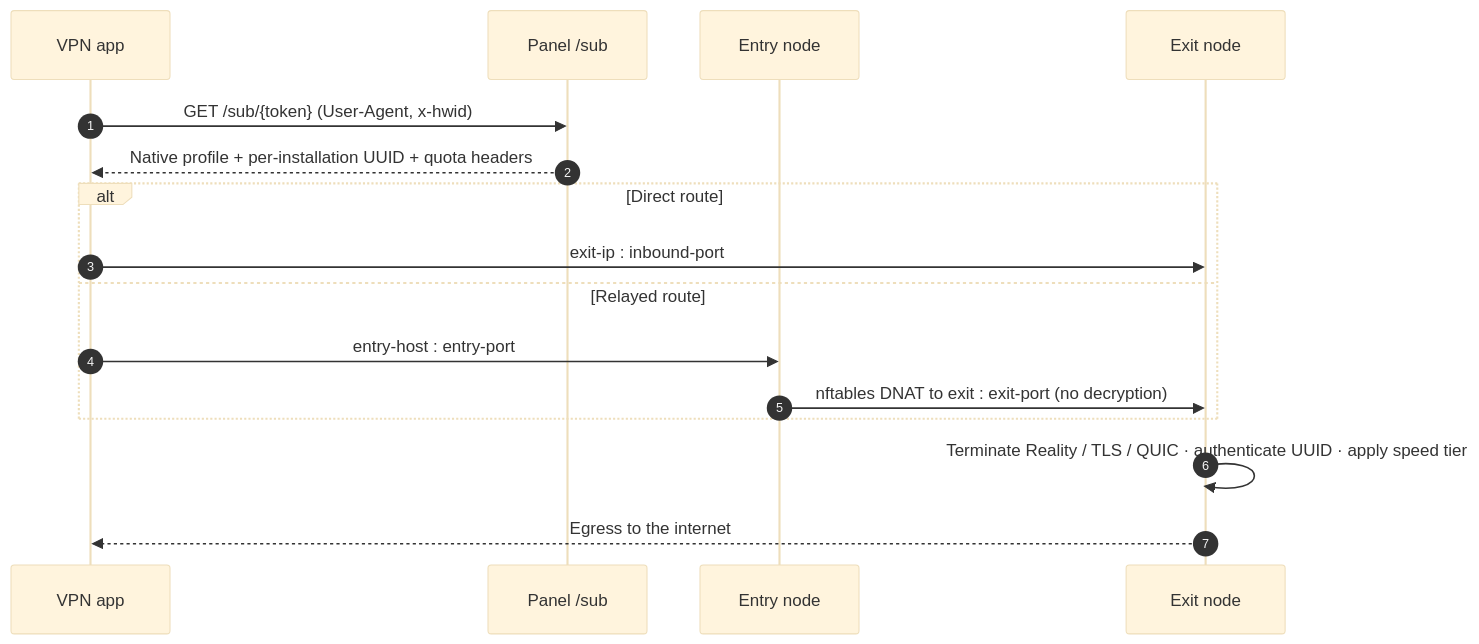
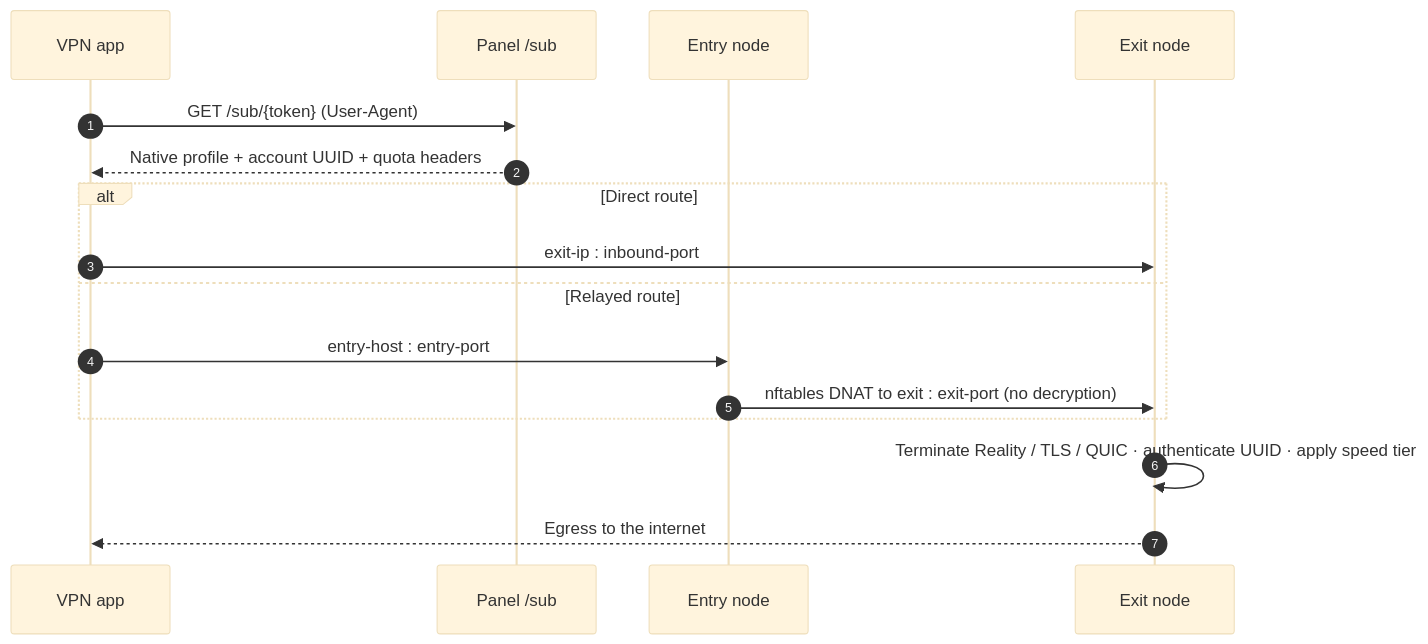
The third of 5 diagrams in README.md (kimrasng/proxima-vpn), drawn with Mermaid (base theme) before and after one commit. The commit also changed other lines of this file and 14 other files, not shown here.

````diff
--- a/README.md
+++ b/README.md
@@ -133,18 +133,18 @@
 ```mermaid
 sequenceDiagram
     autonumber
     participant App as VPN app
     participant Sub as Panel /sub
     participant In as Entry node
     participant Out as Exit node
-    App->>Sub: GET /sub/{token} (User-Agent, x-hwid)
-    Sub-->>App: Native profile + per-installation UUID + quota headers
+    App->>Sub: GET /sub/{token} (User-Agent)
+    Sub-->>App: Native profile + account UUID + quota headers
     alt Direct route
         App->>Out: exit-ip : inbound-port
     else Relayed route
         App->>In: entry-host : entry-port
         In->>Out: nftables DNAT to exit : exit-port (no decryption)
     end
     Out->>Out: Terminate Reality / TLS / QUIC · authenticate UUID · apply speed tier
     Out-->>App: Egress to the internet
 ```
````
